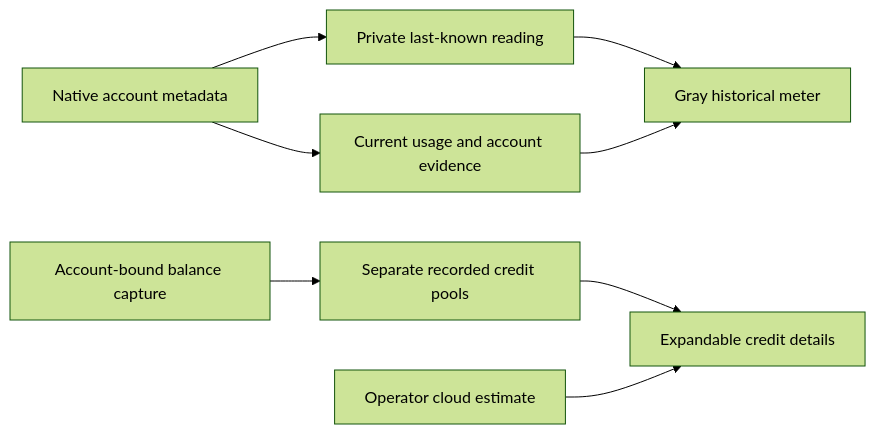
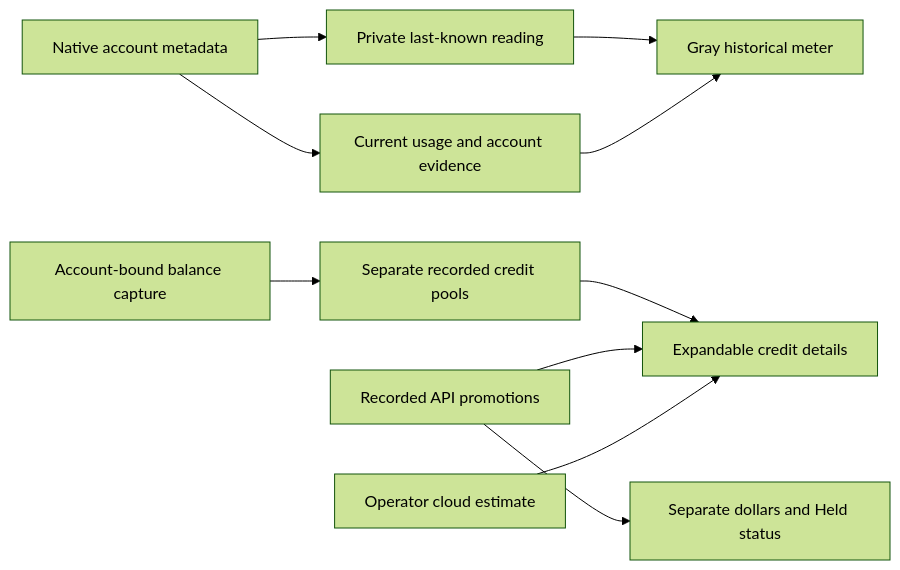
Before and after one commit to ashlrai/ashlr-hub: the diagram in docs/RESOURCE-EVIDENCE.md, drawn with Mermaid (forest theme). The commit also changed other lines of this file and 57 other files, not shown here.

First line of the commit message:
Separate Claude API promotion resources and held execution (#653)

````diff
--- a/docs/RESOURCE-EVIDENCE.md
+++ b/docs/RESOURCE-EVIDENCE.md
@@ -7,10 +7,12 @@
 ```mermaid
 flowchart LR
   Native["Native account metadata"] --> Current["Current usage and account evidence"]
   Native --> History["Private last-known reading"]
   History --> Sidebar["Gray historical meter"]
   Current --> Sidebar
   Capture["Account-bound balance capture"] --> Credits["Separate recorded credit pools"]
   Credits --> Drawer["Expandable credit details"]
+  ApiHistory["Recorded API promotions"] --> ApiSidebar["Separate dollars and Held status"]
+  ApiHistory --> Drawer
   Estimate["Operator cloud estimate"] --> Drawer
 ```
````
